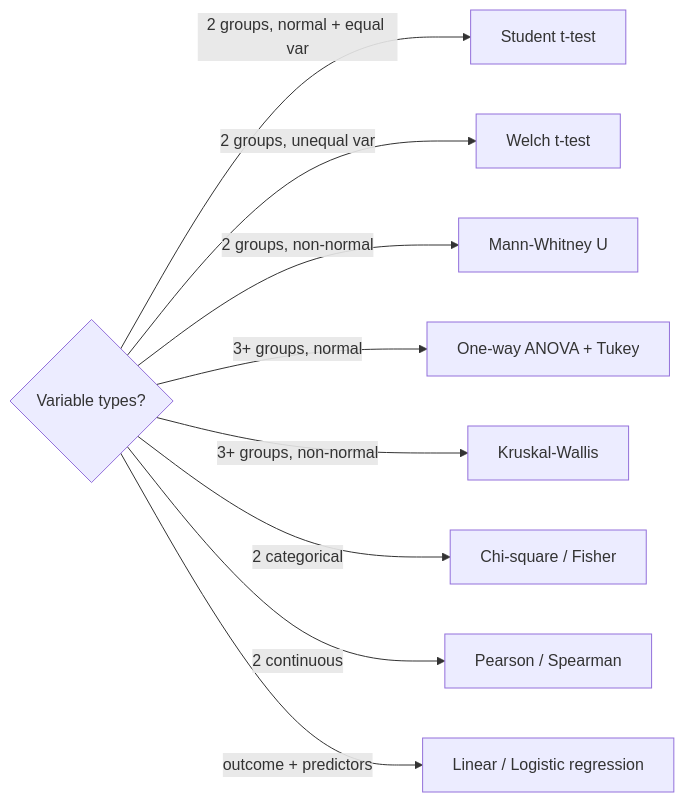
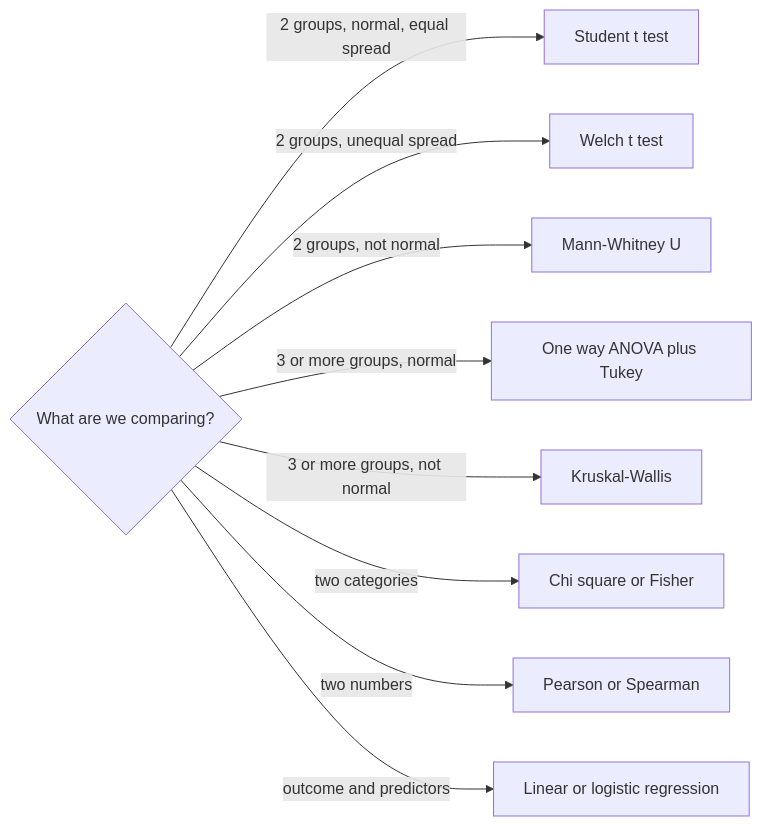
The second of 2 diagrams in README.md (mahimmazidul/StatisticalAnalysis), drawn with Mermaid before and after one commit. The commit also changed other lines of this file and 37 other files, not shown here.

````diff
--- a/README.md
+++ b/README.md
@@ -157,11 +159,11 @@
 ```mermaid
 flowchart LR
-    Q{Variable types?} -->|2 groups, normal + equal var| T1[Student t-test]
-    Q -->|2 groups, unequal var| T2[Welch t-test]
-    Q -->|2 groups, non-normal| T3[Mann-Whitney U]
-    Q -->|3+ groups, normal| T4[One-way ANOVA + Tukey]
-    Q -->|3+ groups, non-normal| T5[Kruskal-Wallis]
-    Q -->|2 categorical| T6[Chi-square / Fisher]
-    Q -->|2 continuous| T7[Pearson / Spearman]
-    Q -->|outcome + predictors| T8[Linear / Logistic regression]
+    Q{What are we comparing?} -->|2 groups, normal, equal spread| T1[Student t test]
+    Q -->|2 groups, unequal spread| T2[Welch t test]
+    Q -->|2 groups, not normal| T3[Mann-Whitney U]
+    Q -->|3 or more groups, normal| T4[One way ANOVA plus Tukey]
+    Q -->|3 or more groups, not normal| T5[Kruskal-Wallis]
+    Q -->|two categories| T6[Chi square or Fisher]
+    Q -->|two numbers| T7[Pearson or Spearman]
+    Q -->|outcome and predictors| T8[Linear or logistic regression]
 ```
````
